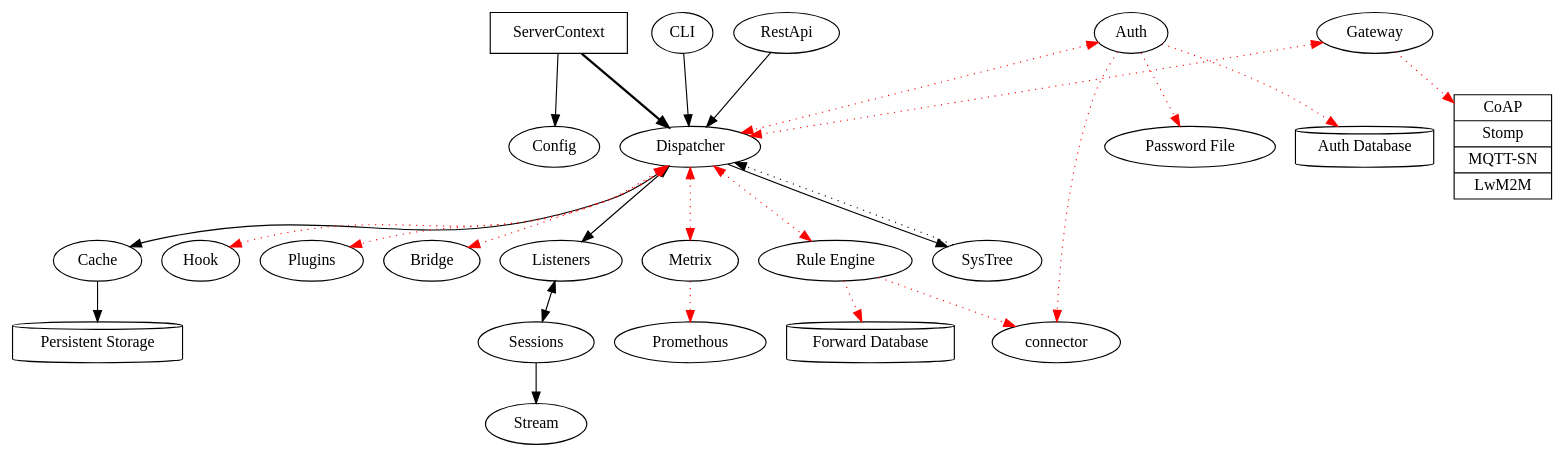
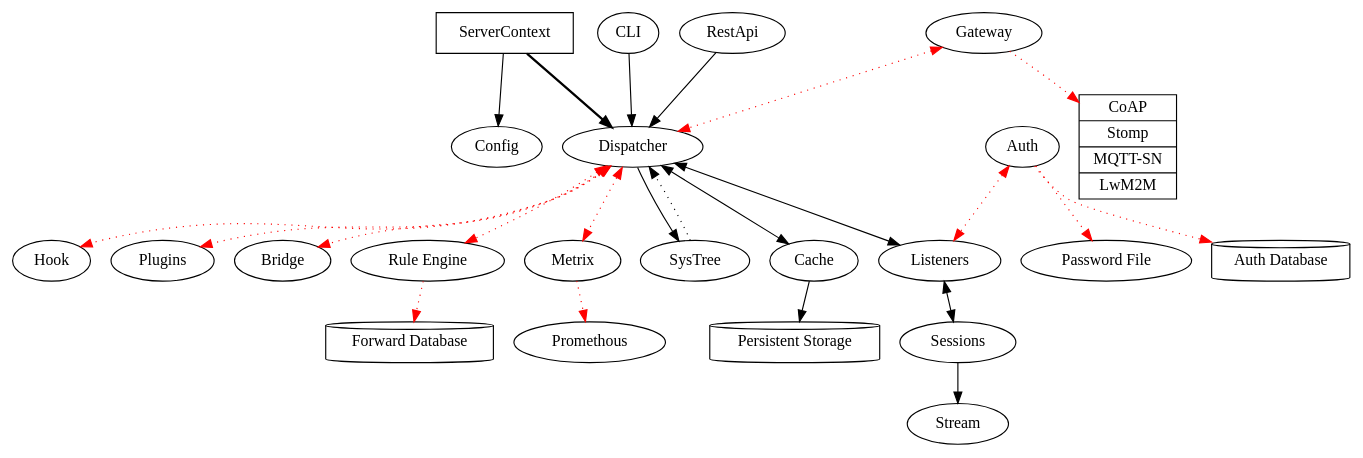
The diagram in hebo/docs/internal.dot (RustRobotics/hebo), drawn with Graphviz before and after one commit. The commit also changed 4 other files, not shown here.

```diff
--- a/hebo/docs/internal.dot
+++ b/hebo/docs/internal.dot
@@ -1,55 +1,53 @@
 
 digraph {
 	ServerContext [shape=box];
 	ServerContext -> Config;
 	ServerContext -> Dispatcher [style=bold];
 
 	Dispatcher -> Listeners [dir=both];
 
 	Dispatcher -> SysTree;
 	SysTree -> Dispatcher [style=dotted];
 
 	Dispatcher -> Cache [dir=both];
 	"Persistent Storage" [shape=cylinder];
 	Cache -> "Persistent Storage";
 
 	Listeners -> Sessions [dir=both];
 	Sessions -> Stream;
 
 	// cli
 	CLI -> Dispatcher;
 
 	// dashboard app
 	RestApi -> Dispatcher;
 
 	// auth app
-	Auth -> Dispatcher [dir=both, style=dotted, color=red];
+	Auth -> Listeners [dir=both, style=dotted, color=red];
 	Auth -> "Password File" [style=dotted, color=red];
 	"Auth Database" [shape=cylinder];
 	Auth -> "Auth Database" [style=dotted, color=red];
-	Auth -> connector [style=dotted, color=red];
 
 	// hook app
 	Dispatcher -> Hook [dir=both, style=dotted, color=red];
 
 	// plugin app
 	Dispatcher -> Plugins [dir=both,style=dotted, color=red];
 
 	// gateway app
 	Gateway -> Dispatcher [dir=both, style=dotted, color=red];
 	ExternalProtocols [shape=record, label="{ CoAP | Stomp | MQTT-SN | LwM2M }"];
 	Gateway -> ExternalProtocols [style=dotted, color=red];
 
 	// mqtt bridge app
 	Dispatcher -> Bridge [dir=both,style=dotted, color=red];
 
 	// rule engine app
 	Dispatcher -> "Rule Engine" [dir=both, style=dotted, color=red];
 	"Forward Database" [shape=cylinder];
 	"Rule Engine" -> "Forward Database" [style=dotted, color=red];
-	"Rule Engine" -> connector [style=dotted, color=red];
 
 	// monitor app
 	Dispatcher -> Metrix [dir=both, style=dotted, color=red];
 	Metrix -> Promethous [style=dotted, color=red];
 }
```
